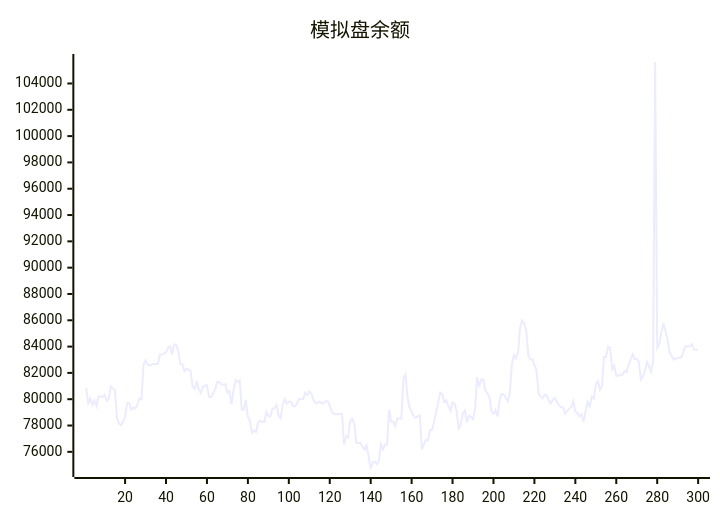
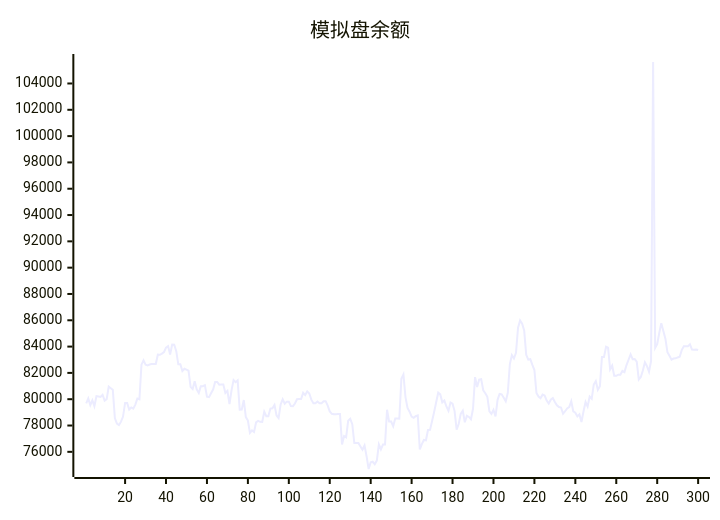
Before and after one commit to aahl/ai-trading: the diagram in README.md, drawn with Mermaid. The commit also changed other lines of this file and 1 other file, not shown here.

````diff
--- a/README.md
+++ b/README.md
@@ -5,5 +5,5 @@
 ```mermaid
 xychart
     title "模拟盘余额"
-    line [80840,79688,80060,79552,79920,79470,80236,80208,80170,80336,79894,80006,80954,80837,80712,78561,78139,78037,78293,78682,79720,79720,79214,79372,79279,79591,80046,79993,82625,82950,82626,82571,82633,82670,82670,82681,83386,83378,83464,83579,83920,84037,83402,84160,84142,83652,82655,82655,82145,82315,82243,82163,80934,80770,81371,80742,80468,80989,80989,81067,80191,80155,80450,80737,81309,81309,81106,81119,81119,80471,80631,79624,80670,81448,81290,81429,79212,79222,79940,78643,78380,77432,77623,77504,78235,78358,78284,78277,79048,78714,78714,79290,79308,79567,78763,78563,79603,79988,79652,79813,79813,79476,79469,79673,79995,80015,80015,80486,80314,80600,80436,79966,79689,79689,79819,79692,79692,79850,79850,79518,79071,78889,78850,78850,78878,78878,76554,77202,77103,78357,78510,78106,76678,76677,76672,76411,76159,76485,75656,74695,75197,75246,75052,75334,76564,76179,76553,76551,79196,78300,78300,77944,78531,78531,78521,81564,81884,80160,79335,79055,78675,78580,78708,78764,76179,76586,76902,76876,77658,77669,78346,79023,79769,80497,80366,79761,79896,79448,79126,79749,79658,79097,77695,78114,78888,79126,78249,78738,78653,78478,79271,81680,80923,81488,81527,80681,80455,80190,79084,78879,79193,78686,79954,80403,80374,80118,79848,80491,82665,83351,83098,83525,85430,85983,85737,85221,83378,83014,83043,82613,82216,80477,80208,80081,80348,80277,79894,79670,79965,80093,79786,79542,79406,79371,78893,79087,79304,79406,79841,79072,78978,78696,78846,78272,79085,79787,79442,80198,80031,81120,81379,80718,80985,83214,83212,83993,83921,82270,82547,81776,81776,81866,81866,82158,82061,82596,83000,83408,83041,83050,82858,81503,81691,82188,82812,82517,82092,82901,105633,83898,84180,85030,85781,85178,84604,83569,83298,83008,83093,83107,83175,83228,83729,84025,84017,84019,84177,83775,83762,83785]
+    line [79688,80060,79552,79920,79470,80236,80208,80170,80336,79894,80006,80954,80837,80712,78561,78139,78037,78293,78682,79720,79720,79214,79372,79279,79591,80046,79993,82625,82950,82626,82571,82633,82670,82670,82681,83386,83378,83464,83579,83920,84037,83402,84160,84142,83652,82655,82655,82145,82315,82243,82163,80934,80770,81371,80742,80468,80989,80989,81067,80191,80155,80450,80737,81309,81309,81106,81119,81119,80471,80631,79624,80670,81448,81290,81429,79212,79222,79940,78643,78380,77432,77623,77504,78235,78358,78284,78277,79048,78714,78714,79290,79308,79567,78763,78563,79603,79988,79652,79813,79813,79476,79469,79673,79995,80015,80015,80486,80314,80600,80436,79966,79689,79689,79819,79692,79692,79850,79850,79518,79071,78889,78850,78850,78878,78878,76554,77202,77103,78357,78510,78106,76678,76677,76672,76411,76159,76485,75656,74695,75197,75246,75052,75334,76564,76179,76553,76551,79196,78300,78300,77944,78531,78531,78521,81564,81884,80160,79335,79055,78675,78580,78708,78764,76179,76586,76902,76876,77658,77669,78346,79023,79769,80497,80366,79761,79896,79448,79126,79749,79658,79097,77695,78114,78888,79126,78249,78738,78653,78478,79271,81680,80923,81488,81527,80681,80455,80190,79084,78879,79193,78686,79954,80403,80374,80118,79848,80491,82665,83351,83098,83525,85430,85983,85737,85221,83378,83014,83043,82613,82216,80477,80208,80081,80348,80277,79894,79670,79965,80093,79786,79542,79406,79371,78893,79087,79304,79406,79841,79072,78978,78696,78846,78272,79085,79787,79442,80198,80031,81120,81379,80718,80985,83214,83212,83993,83921,82270,82547,81776,81776,81866,81866,82158,82061,82596,83000,83408,83041,83050,82858,81503,81691,82188,82812,82517,82092,82901,105633,83898,84180,85030,85781,85178,84604,83569,83298,83008,83093,83107,83175,83228,83729,84025,84017,84019,84177,83775,83762,83785,83738]
 ```
````
